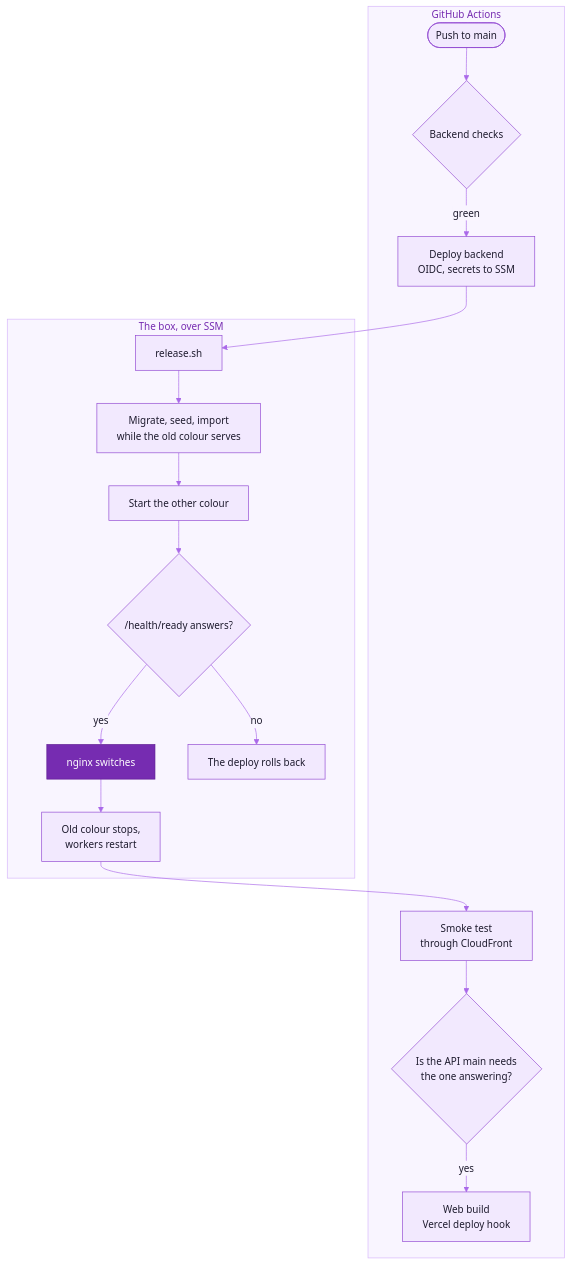
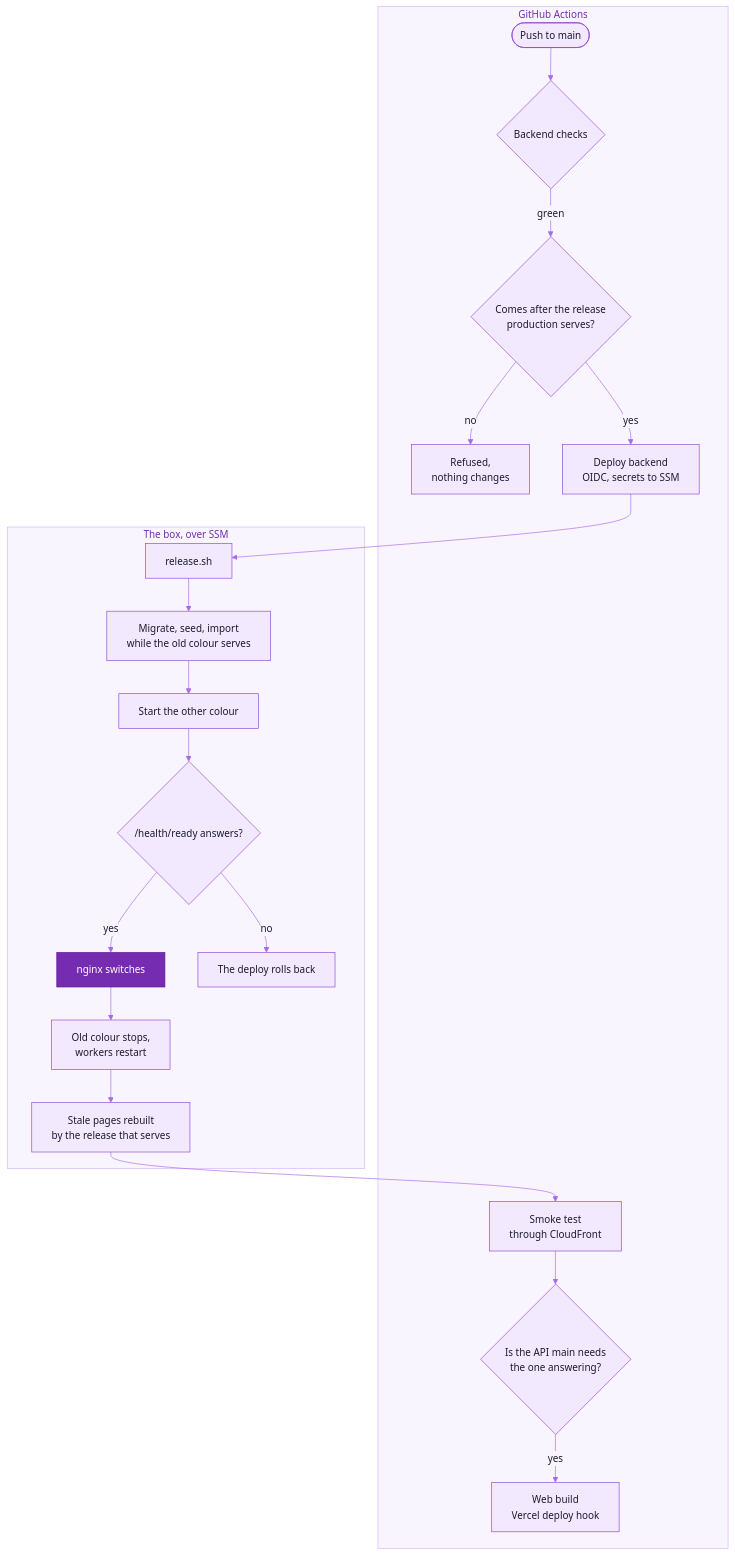
The diagram in docs/RUNBOOK.md (ankits1802/science-behind-craft), drawn with Mermaid before and after one commit. The commit also changed other lines of this file and 23 other files, not shown here.

Commit message:
Stored pages are rebuilt only by the release that serves them, a deploy never moves production back to an older commit, and the release-before probe reads the release production serves (decision 0186)

````diff
--- a/docs/RUNBOOK.md
+++ b/docs/RUNBOOK.md
@@ -338,35 +338,41 @@
 ```mermaid
 %%{init: {"theme":"base","fontFamily":"Inter, ui-sans-serif, system-ui, -apple-system, Segoe UI, Roboto, Helvetica, Arial, sans-serif","themeVariables":{"fontSize":"15px","primaryColor":"#F2E9FE","primaryTextColor":"#1E1B2E","primaryBorderColor":"#9148D2","secondaryColor":"#FAEECD","secondaryTextColor":"#1E1B2E","secondaryBorderColor":"#CD9200","tertiaryColor":"#F3F1FA","tertiaryTextColor":"#1E1B2E","tertiaryBorderColor":"#A7A3BC","mainBkg":"#F2E9FE","nodeBorder":"#9148D2","nodeTextColor":"#1E1B2E","lineColor":"#AA69E9","textColor":"#857F9E","edgeLabelBackground":"#F9F5FF","clusterBkg":"#F9F5FF","clusterBorder":"#D6B6FB","titleColor":"#762CB1"}}}%%
 flowchart TD
   subgraph Actions["GitHub Actions"]
     P([Push to main])
     BC{Backend checks}
+    AF{"Comes after the release<br/>production serves?"}
+    RF["Refused,<br/>nothing changes"]
     DB["Deploy backend<br/>OIDC, secrets to SSM"]
     SM["Smoke test<br/>through CloudFront"]
     G{"Is the API main needs<br/>the one answering?"}
     V["Web build<br/>Vercel deploy hook"]
   end
   subgraph Box["The box, over SSM"]
     R["release.sh"]
     M["Migrate, seed, import<br/>while the old colour serves"]
     S["Start the other colour"]
     H{"/health/ready answers?"}
     N["nginx switches"]
     K["The deploy rolls back"]
     W["Old colour stops,<br/>workers restart"]
+    RP["Stale pages rebuilt<br/>by the release that serves"]
   end
   P --> BC
-  BC -->|green| DB
+  BC -->|green| AF
+  AF -->|yes| DB
+  AF -->|no| RF
   DB --> R
   R --> M
   M --> S
   S --> H
   H -->|yes| N
   H -->|no| K
   N --> W
-  W --> SM
+  W --> RP
+  RP --> SM
   SM --> G
   G -->|yes| V
   classDef accent fill:#762CB1,stroke:#5F1C93,color:#FFFFFF
   class N accent
 ```
````
